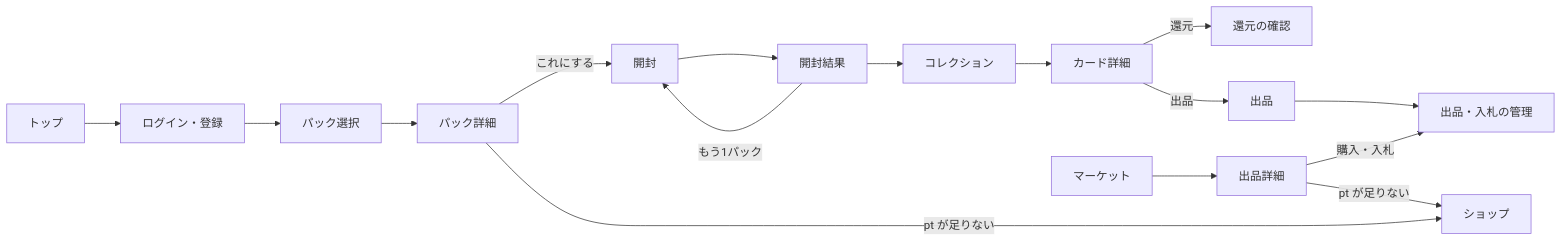
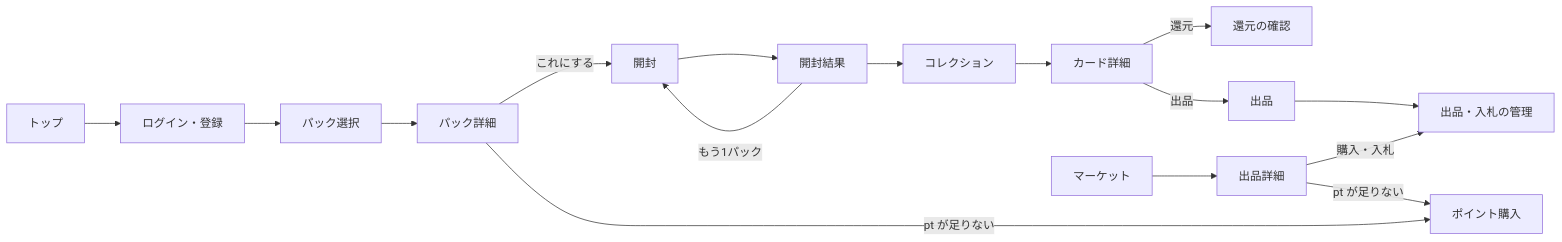
The diagram in docs/design/screens.md (matsupiee/wiki-collection), drawn with Mermaid before and after one commit. The commit also changed other lines of this file and 32 other files, not shown here.

````diff
--- a/docs/design/screens.md
+++ b/docs/design/screens.md
@@ -20,18 +20,18 @@
 ```mermaid
 flowchart LR
   LP[トップ] --> Login[ログイン・登録]
   Login --> Home[パック選択]
   Home --> PackDetail[パック詳細]
   PackDetail -->|これにする| Rip[開封]
   Rip --> Result[開封結果]
   Result -->|もう1パック| Rip
   Result --> Collection[コレクション]
   Collection --> CardDetail[カード詳細]
   CardDetail -->|還元| Redeem[還元の確認]
   CardDetail -->|出品| Sell[出品]
   Sell --> MyListings[出品・入札の管理]
   Market[マーケット] --> Listing[出品詳細]
   Listing -->|購入・入札| MyListings
-  PackDetail -->|pt が足りない| Shop[ショップ]
+  PackDetail -->|pt が足りない| Shop[ポイント購入]
   Listing -->|pt が足りない| Shop
 ```
````
